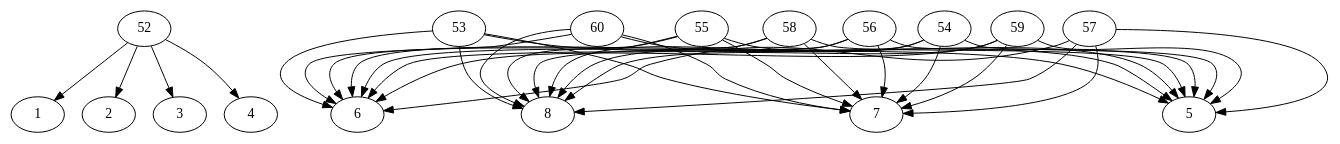
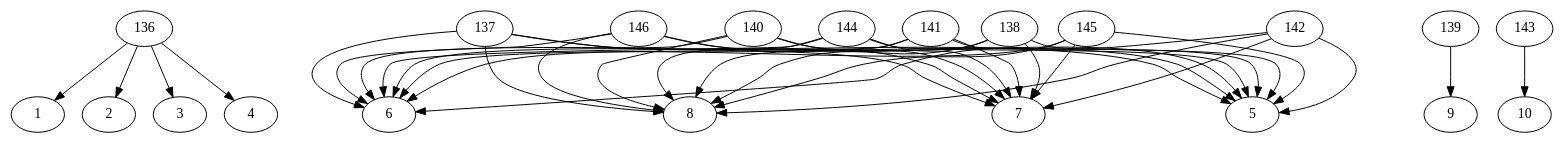
The diagram in AFDwhite.dot (JUMPSTONIK/Proyecto---Compiladores), drawn with Graphviz before and after one commit. The commit also changed 38 other files, not shown here.

```diff
--- a/AFDwhite.dot
+++ b/AFDwhite.dot
@@ -1,56 +1,58 @@
 digraph G{
-52 -> 1 [label="
+136 -> 1 [label="
 "]
-52 -> 2 [label="
+136 -> 2 [label="
 "]
-52 -> 3 [label="	"]
-52 -> 4 [label=" "]
-53 -> 5 [label="
+136 -> 3 [label=" "]
+136 -> 4 [label="	"]
+137 -> 5 [label="
 "]
-53 -> 6 [label="
+137 -> 6 [label="
 "]
-53 -> 7 [label="	"]
-53 -> 8 [label=" "]
-54 -> 5 [label="
+137 -> 7 [label=" "]
+137 -> 8 [label="	"]
+138 -> 5 [label="
 "]
-54 -> 6 [label="
+138 -> 6 [label="
 "]
-54 -> 7 [label="	"]
-54 -> 8 [label=" "]
-55 -> 5 [label="
+138 -> 7 [label=" "]
+138 -> 8 [label="	"]
+139 -> 9 [label=" "]
+140 -> 5 [label="
 "]
-55 -> 6 [label="
+140 -> 6 [label="
 "]
-55 -> 7 [label="	"]
-55 -> 8 [label=" "]
-56 -> 5 [label="
+140 -> 7 [label=" "]
+140 -> 8 [label="	"]
+141 -> 5 [label="
 "]
-56 -> 6 [label="
+141 -> 6 [label="
 "]
-56 -> 7 [label="	"]
-56 -> 8 [label=" "]
-57 -> 5 [label="
+141 -> 7 [label=" "]
+141 -> 8 [label="	"]
+142 -> 5 [label="
 "]
-57 -> 6 [label="
+142 -> 6 [label="
 "]
-57 -> 7 [label="	"]
-57 -> 8 [label=" "]
-58 -> 5 [label="
+142 -> 7 [label=" "]
+142 -> 8 [label="	"]
+143 -> 10 [label=" "]
+144 -> 5 [label="
 "]
-58 -> 6 [label="
+144 -> 6 [label="
 "]
-58 -> 7 [label="	"]
-58 -> 8 [label=" "]
-59 -> 5 [label="
+144 -> 7 [label=" "]
+144 -> 8 [label="	"]
+145 -> 5 [label="
 "]
-59 -> 6 [label="
+145 -> 6 [label="
 "]
-59 -> 7 [label="	"]
-59 -> 8 [label=" "]
-60 -> 5 [label="
+145 -> 7 [label=" "]
+145 -> 8 [label="	"]
+146 -> 5 [label="
 "]
-60 -> 6 [label="
+146 -> 6 [label="
 "]
-60 -> 7 [label="	"]
-60 -> 8 [label=" "]
+146 -> 7 [label=" "]
+146 -> 8 [label="	"]
 }
```
